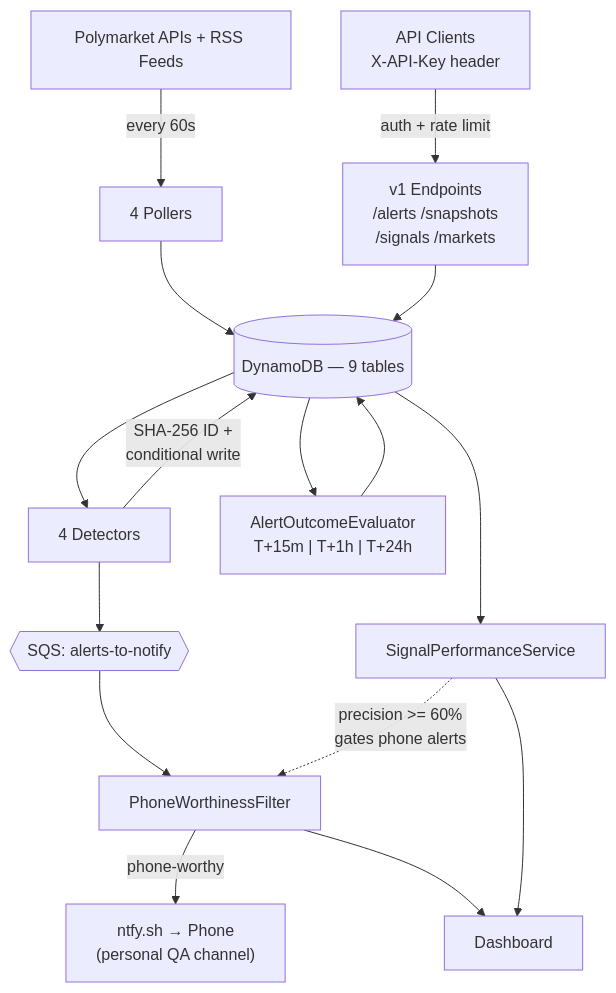
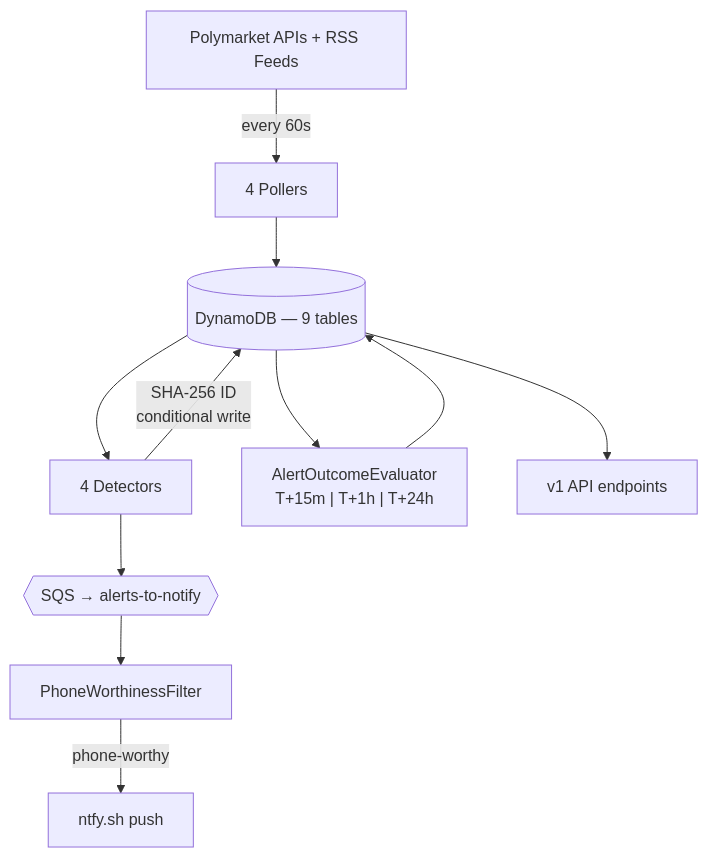
The diagram in README.md (leonardholler/polysign), drawn with Mermaid before and after one commit. The commit also changed other lines of this file and 2 other files, not shown here.

````diff
--- a/README.md
+++ b/README.md
@@ -17,19 +15,14 @@
 ```mermaid
 flowchart TD
-    sources["Polymarket APIs + RSS Feeds"]
-    sources -->|"every 60s"| pollers["4 Pollers"]
-    pollers --> dynamo[("DynamoDB — 9 tables")]
-    dynamo --> detectors["4 Detectors"]
-    detectors -->|"SHA-256 ID +\nconditional write"| dynamo
-    detectors --> sqs{{"SQS: alerts-to-notify"}}
-    sqs --> filter["PhoneWorthinessFilter"]
-    filter -->|"phone-worthy"| ntfy["ntfy.sh → Phone\n(personal QA channel)"]
-    filter --> dash["Dashboard"]
-    dynamo --> eval["AlertOutcomeEvaluator\nT+15m | T+1h | T+24h"]
-    eval --> dynamo
-    dynamo --> perf["SignalPerformanceService"]
-    perf --> dash
-    perf -.->|"precision >= 60%\ngates phone alerts"| filter
-    clients["API Clients\nX-API-Key header"] -->|"auth + rate limit"| v1["v1 Endpoints\n/alerts /snapshots\n/signals /markets"]
-    v1 --> dynamo
+    src["Polymarket APIs + RSS Feeds"]
+    src -->|"every 60s"| poll["4 Pollers"]
+    poll --> db[("DynamoDB — 9 tables")]
+    db --> det["4 Detectors"]
+    det -->|"SHA-256 ID\nconditional write"| db
+    det --> sqs{{"SQS → alerts-to-notify"}}
+    sqs --> pw["PhoneWorthinessFilter"]
+    pw -->|"phone-worthy"| ntfy["ntfy.sh push"]
+    db --> eval["AlertOutcomeEvaluator\nT+15m | T+1h | T+24h"]
+    eval --> db
+    db --> api["v1 API endpoints"]
 ```
````
